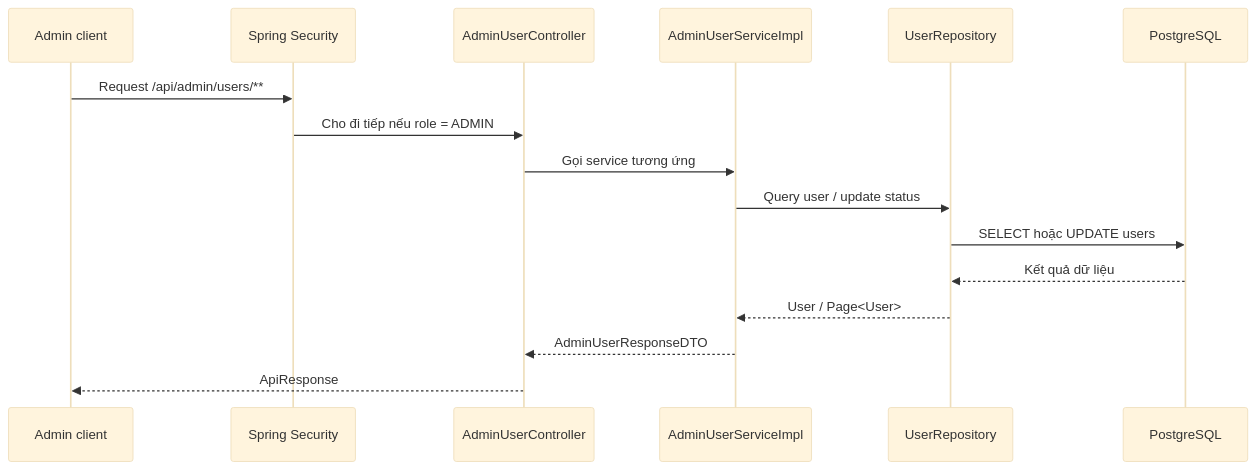
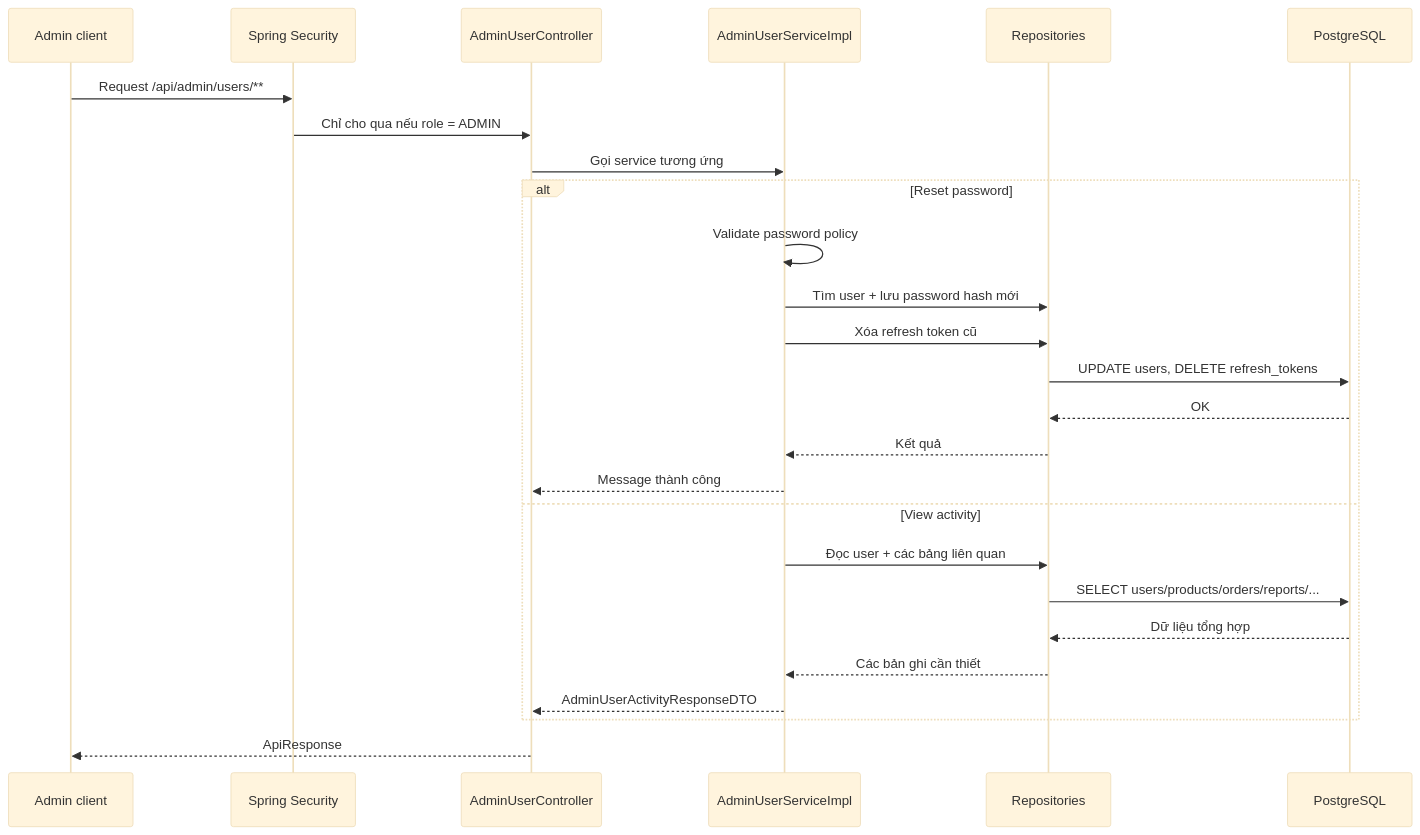
The diagram in old_bicycle_project/docs/knowledge/admin-user-management-basics-2026-03-17.md (HoaTran29/BE_old_bicycle_project), drawn with Mermaid (base theme) before and after one commit. The commit also changed other lines of this file and 18 other files, not shown here.

First line of the commit message:
feat(admin): add password reset and user activity endpoints to admin user management

````diff
--- a/old_bicycle_project/docs/knowledge/admin-user-management-basics-2026-03-17.md
+++ b/old_bicycle_project/docs/knowledge/admin-user-management-basics-2026-03-17.md
@@ -41,19 +60,29 @@
 ```mermaid
 sequenceDiagram
     participant Client as Admin client
     participant Security as Spring Security
     participant Controller as AdminUserController
     participant Service as AdminUserServiceImpl
-    participant Repository as UserRepository
+    participant Repo as Repositories
     participant DB as PostgreSQL
 
     Client->>Security: Request /api/admin/users/**
-    Security->>Controller: Cho đi tiếp nếu role = ADMIN
+    Security->>Controller: Chỉ cho qua nếu role = ADMIN
     Controller->>Service: Gọi service tương ứng
-    Service->>Repository: Query user / update status
-    Repository->>DB: SELECT hoặc UPDATE users
-    DB-->>Repository: Kết quả dữ liệu
-    Repository-->>Service: User / Page<User>
-    Service-->>Controller: AdminUserResponseDTO
+    alt Reset password
+        Service->>Service: Validate password policy
+        Service->>Repo: Tìm user + lưu password hash mới
+        Service->>Repo: Xóa refresh token cũ
+        Repo->>DB: UPDATE users, DELETE refresh_tokens
+        DB-->>Repo: OK
+        Repo-->>Service: Kết quả
+        Service-->>Controller: Message thành công
+    else View activity
+        Service->>Repo: Đọc user + các bảng liên quan
+        Repo->>DB: SELECT users/products/orders/reports/...
+        DB-->>Repo: Dữ liệu tổng hợp
+        Repo-->>Service: Các bản ghi cần thiết
+        Service-->>Controller: AdminUserActivityResponseDTO
+    end
     Controller-->>Client: ApiResponse
 ```
````
